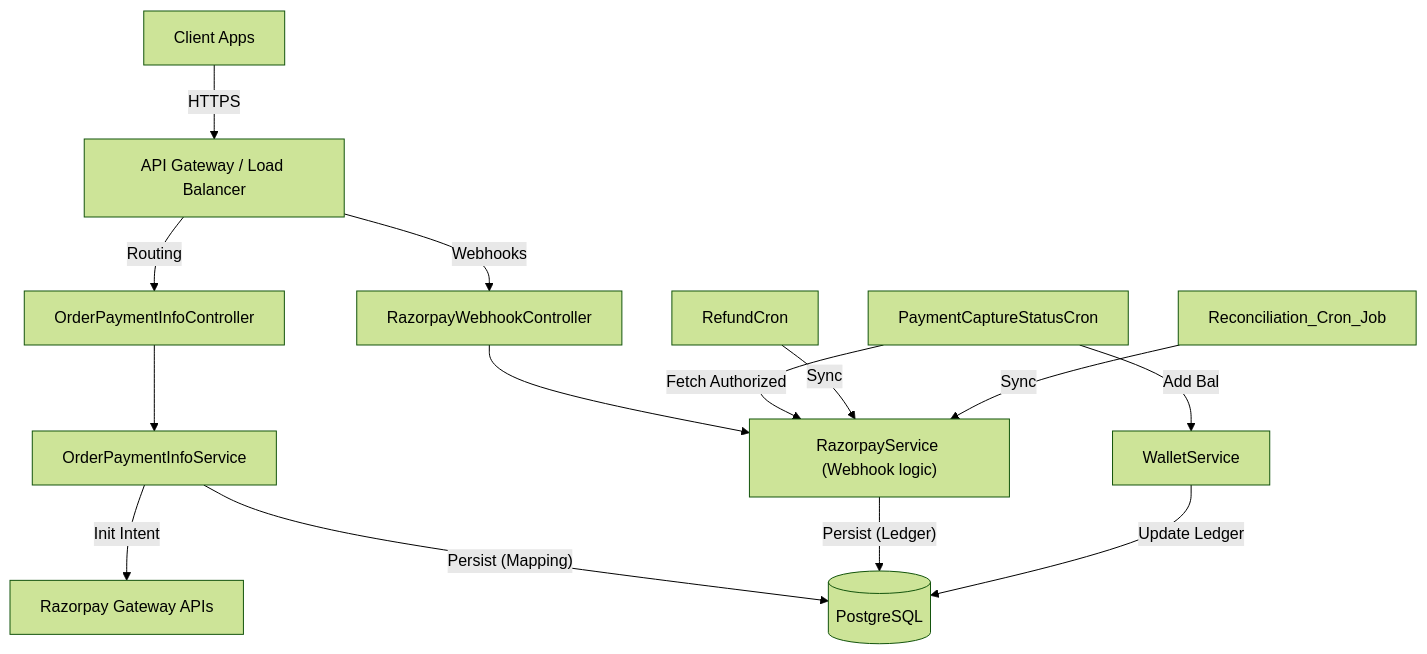
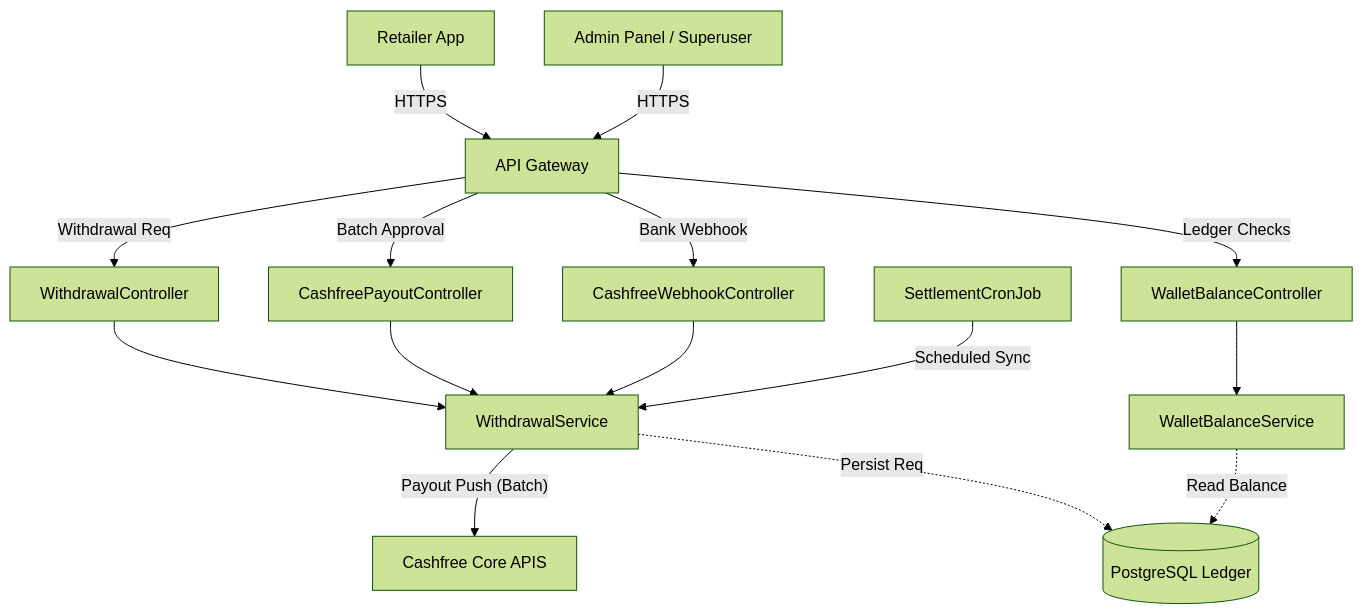
One commit to Omkar7840/eco changed the first of 4 diagrams in README.md. Above: the diagram before and after it, drawn with Mermaid (forest theme). The commit also changed other lines of this file, not shown here.

````diff
--- a/README.md
+++ b/README.md
@@ -21,22 +21,22 @@
 ```mermaid
 graph TD
-    Client["Client Apps"] -->|"HTTPS"| API["API Gateway / Load Balancer"]
+    Client["Retailer App"] -->|"HTTPS"| API["API Gateway"]
+    Admin["Admin Panel / Superuser"] -->|"HTTPS"| API
     
-    API -->|"Routing"| C1["OrderPaymentInfoController"]
-    API -->|"Webhooks"| C2["RazorpayWebhookController"]
+    API -->|"Withdrawal Req"| C1["WithdrawalController"]
+    API -->|"Batch Approval"| C2["CashfreePayoutController"]
+    API -->|"Bank Webhook"| C3["CashfreeWebhookController"]
+    API -->|"Ledger Checks"| C4["WalletBalanceController"]
     
-    C1 --> S1["OrderPaymentInfoService"]
-    C2 --> S2["RazorpayService (Webhook logic)"]
+    C1 --> S1["WithdrawalService"]
+    C2 --> S1
+    C3 --> S1
+    C4 --> S2["WalletBalanceService"]
     
-    S1 -->|"Init Intent"| RZ["Razorpay Gateway APIs"]
+    S1 -->|"Payout Push (Batch)"| CF["Cashfree Core APIS"]
     
-    Cron1["PaymentCaptureStatusCron"] -->|"Fetch Authorized"| S2
-    Cron1 -->|"Add Bal"| W1["WalletService"]
+    S1 -.->|"Persist Req"| DB[("PostgreSQL Ledger")]
+    S2 -.->|"Read Balance"| DB
     
-    Cron2["RefundCron"] -->|"Sync"| S2
-    Cron3["Reconciliation_Cron_Job"] -->|"Sync"| S2
-    
-    S1 -->|"Persist (Mapping)"| DB[("PostgreSQL")]
-    S2 -->|"Persist (Ledger)"| DB
-    W1 -->|"Update Ledger"| DB
+    Cron["SettlementCronJob"] -->|"Scheduled Sync"| S1
 ```
````
